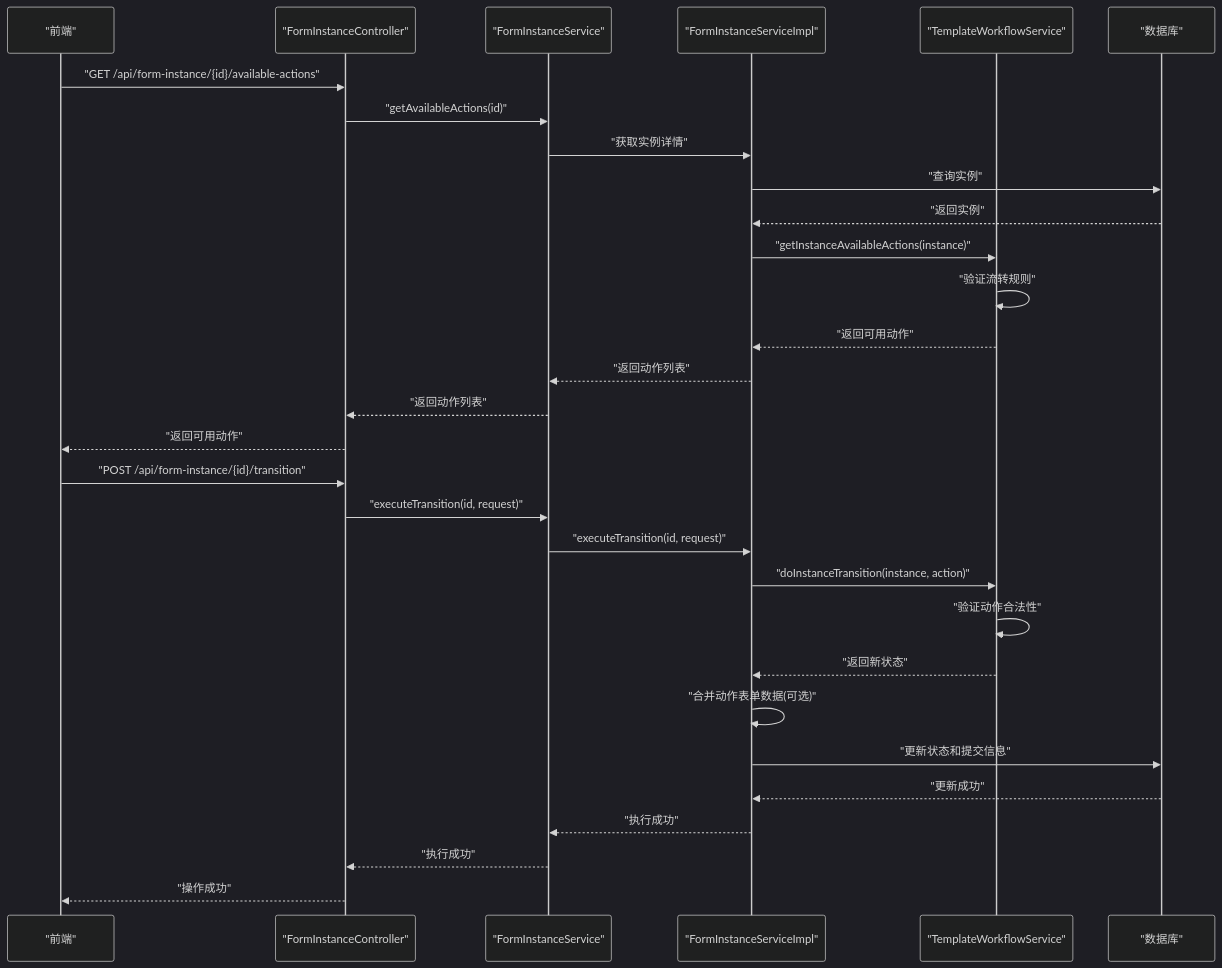
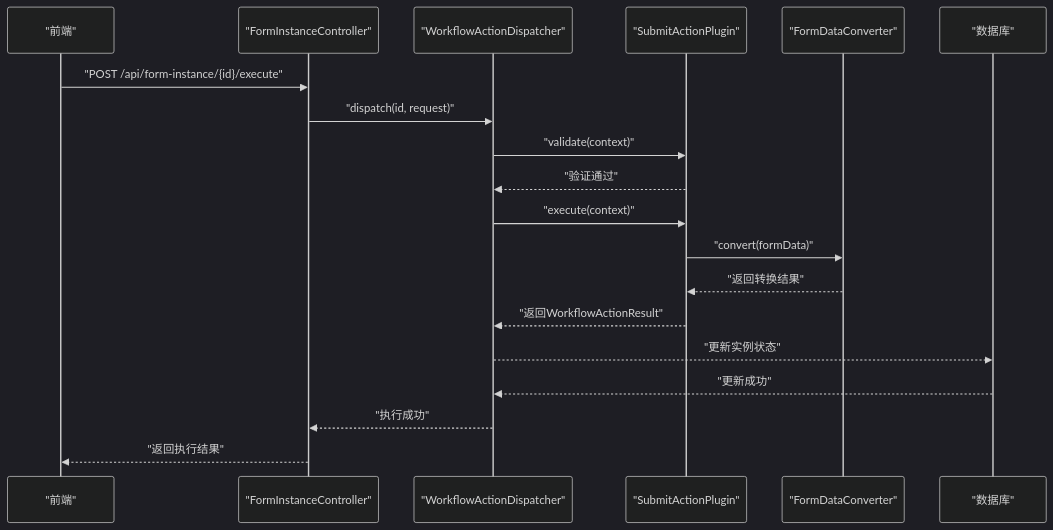
Before and after one commit to NJMrLi/genetics: the fifth of 7 diagrams in .qoder/repowiki/zh/content/API接口文档/服务单实例API.md, drawn with Mermaid (dark theme). The commit also changed other lines of this file and 19 other files, not shown here.

````diff
--- a/.qoder/repowiki/zh/content/API接口文档/服务单实例API.md
+++ b/.qoder/repowiki/zh/content/API接口文档/服务单实例API.md
@@ -628,32 +608,21 @@
 ```mermaid
 sequenceDiagram
 participant FE as "前端"
 participant Ctrl as "FormInstanceController"
-participant Svc as "FormInstanceService"
-participant Impl as "FormInstanceServiceImpl"
-participant WFService as "TemplateWorkflowService"
+participant Dispatcher as "WorkflowActionDispatcher"
+participant Plugin as "SubmitActionPlugin"
+participant Conv as "FormDataConverter"
 participant DB as "数据库"
-FE->>Ctrl : "GET /api/form-instance/{id}/available-actions"
-Ctrl->>Svc : "getAvailableActions(id)"
-Svc->>Impl : "获取实例详情"
-Impl->>DB : "查询实例"
-DB-->>Impl : "返回实例"
-Impl->>WFService : "getInstanceAvailableActions(instance)"
-WFService->>WFService : "验证流转规则"
-WFService-->>Impl : "返回可用动作"
-Impl-->>Svc : "返回动作列表"
-Svc-->>Ctrl : "返回动作列表"
-Ctrl-->>FE : "返回可用动作"
-FE->>Ctrl : "POST /api/form-instance/{id}/transition"
-Ctrl->>Svc : "executeTransition(id, request)"
-Svc->>Impl : "executeTransition(id, request)"
-Impl->>WFService : "doInstanceTransition(instance, action)"
-WFService->>WFService : "验证动作合法性"
-WFService-->>Impl : "返回新状态"
-Impl->>Impl : "合并动作表单数据(可选)"
-Impl->>DB : "更新状态和提交信息"
-DB-->>Impl : "更新成功"
-Impl-->>Svc : "执行成功"
-Svc-->>Ctrl : "执行成功"
-Ctrl-->>FE : "操作成功"
+FE->>Ctrl : "POST /api/form-instance/{id}/execute"
+Ctrl->>Dispatcher : "dispatch(id, request)"
+Dispatcher->>Plugin : "validate(context)"
+Plugin-->>Dispatcher : "验证通过"
+Dispatcher->>Plugin : "execute(context)"
+Plugin->>Conv : "convert(formData)"
+Conv-->>Plugin : "返回转换结果"
+Plugin-->>Dispatcher : "返回WorkflowActionResult"
+Dispatcher-->>DB : "更新实例状态"
+DB-->>Dispatcher : "更新成功"
+Dispatcher-->>Ctrl : "执行成功"
+Ctrl-->>FE : "返回执行结果"
 ```
````
